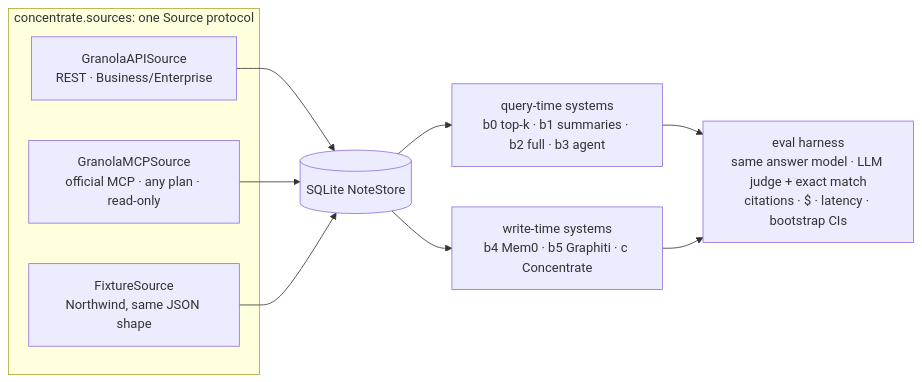
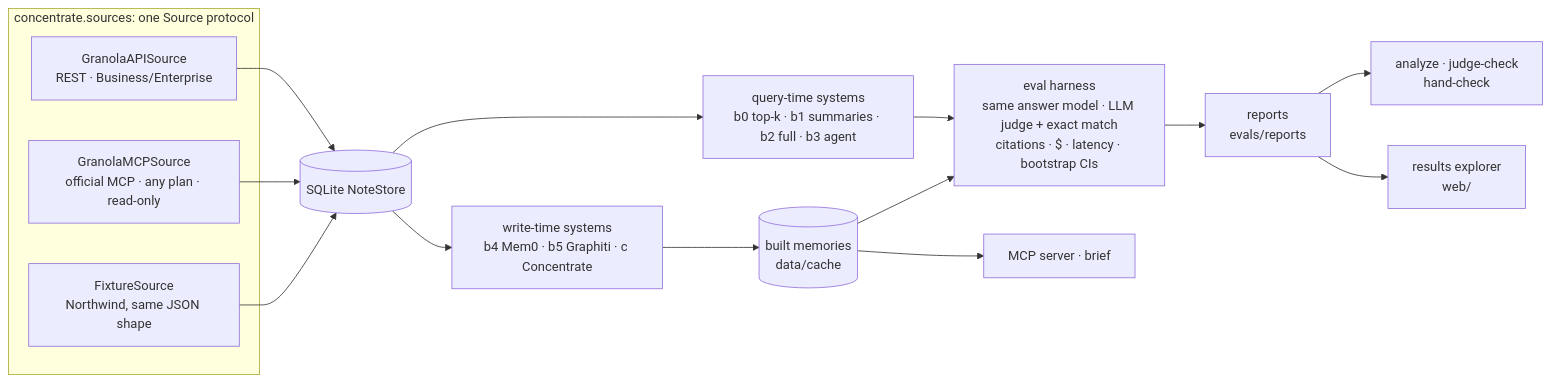
One commit to KLKH7/TENOR changed the diagram in README.md. Above: the diagram before and after it, drawn with Mermaid. The commit also changed other lines of this file and 11 other files, not shown here.

````diff
--- a/README.md
+++ b/README.md
@@ -51,15 +78,20 @@
 ```mermaid
 flowchart LR
   subgraph sources [concentrate.sources: one Source protocol]
     API[GranolaAPISource<br/>REST · Business/Enterprise]
     MCP[GranolaMCPSource<br/>official MCP · any plan · read-only]
     FX[FixtureSource<br/>Northwind, same JSON shape]
   end
   API --> STORE
   MCP --> STORE
   FX --> STORE
   STORE[(SQLite NoteStore)] --> QT[query-time systems<br/>b0 top-k · b1 summaries · b2 full · b3 agent]
   STORE --> WT[write-time systems<br/>b4 Mem0 · b5 Graphiti · c Concentrate]
+  WT --> MEM[(built memories<br/>data/cache)]
   QT --> H[eval harness<br/>same answer model · LLM judge + exact match<br/>citations · $ · latency · bootstrap CIs]
-  WT --> H
+  MEM --> H
+  H --> R[reports<br/>evals/reports]
+  R --> A[analyze · judge-check<br/>hand-check]
+  R --> EX[results explorer<br/>web/]
+  MEM --> SRV[MCP server · brief]
 ```
````
